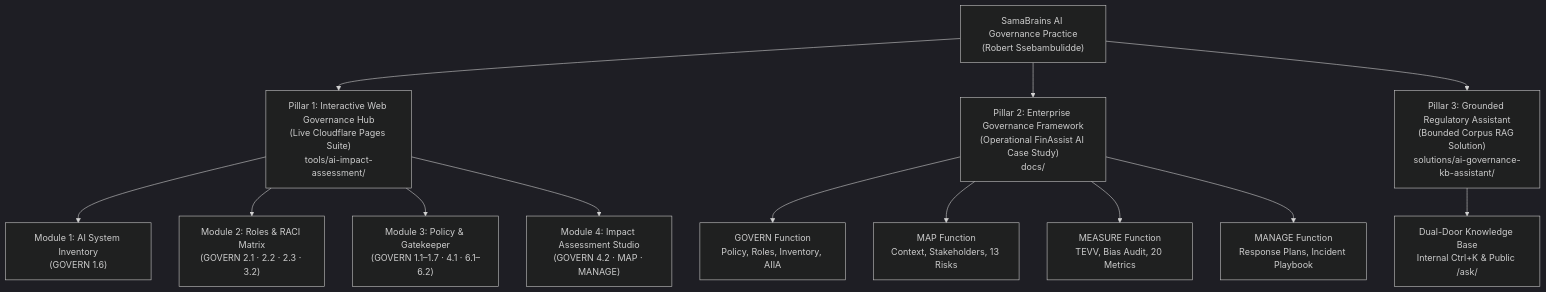
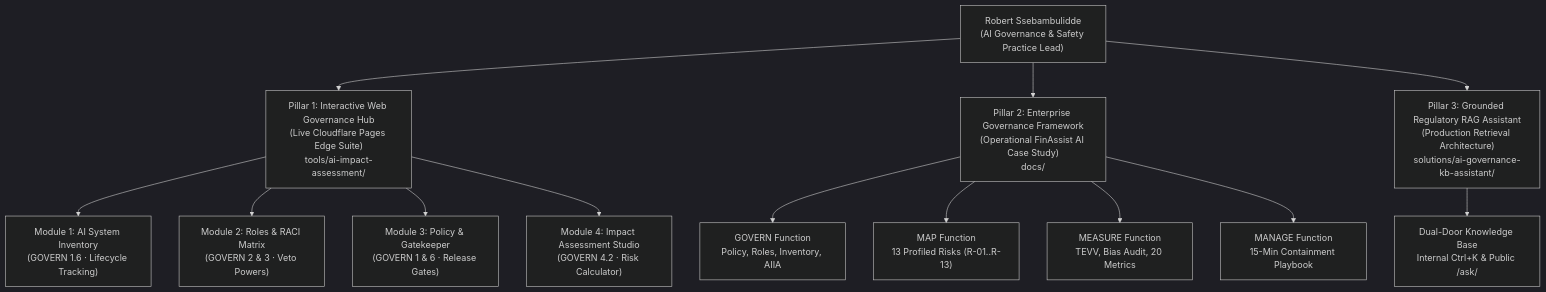
The diagram in README.md (rssebambulidde/ai-governance), drawn with Mermaid (dark theme) before and after one commit. The commit also changed other lines of this file, not shown here.

Commit message:
docs: position master README as executive AI governance portfolio for recruiters and hiring managers

````diff
--- a/README.md
+++ b/README.md
@@ -18,24 +24,24 @@
 ```mermaid
 flowchart TD
-    SB["SamaBrains AI Governance Practice\n(Robert Ssebambulidde)"]
+    Candidate["Robert Ssebambulidde\n(AI Governance & Safety Practice Lead)"]
 
-    Pillar1["Pillar 1: Interactive Web Governance Hub\n(Live Cloudflare Pages Suite)\ntools/ai-impact-assessment/"]
-    Pillar2["Pillar 2: Enterprise Governance Framework\n(Operational FinAssist AI Case Study)\ndocs/"]
-    Pillar3["Pillar 3: Grounded Regulatory Assistant\n(Bounded Corpus RAG Solution)\nsolutions/ai-governance-kb-assistant/"]
+    P1["Pillar 1: Interactive Web Governance Hub\n(Live Cloudflare Pages Edge Suite)\ntools/ai-impact-assessment/"]
+    P2["Pillar 2: Enterprise Governance Framework\n(Operational FinAssist AI Case Study)\ndocs/"]
+    P3["Pillar 3: Grounded Regulatory RAG Assistant\n(Production Retrieval Architecture)\nsolutions/ai-governance-kb-assistant/"]
 
-    SB --> Pillar1
-    SB --> Pillar2
-    SB --> Pillar3
+    Candidate --> P1
+    Candidate --> P2
+    Candidate --> P3
 
-    Pillar1 --> M1["Module 1: AI System Inventory\n(GOVERN 1.6)"]
-    Pillar1 --> M2["Module 2: Roles & RACI Matrix\n(GOVERN 2.1 · 2.2 · 2.3 · 3.2)"]
-    Pillar1 --> M3["Module 3: Policy & Gatekeeper\n(GOVERN 1.1–1.7 · 4.1 · 6.1–6.2)"]
-    Pillar1 --> M4["Module 4: Impact Assessment Studio\n(GOVERN 4.2 · MAP · MANAGE)"]
+    P1 --> M1["Module 1: AI System Inventory\n(GOVERN 1.6 · Lifecycle Tracking)"]
+    P1 --> M2["Module 2: Roles & RACI Matrix\n(GOVERN 2 & 3 · Veto Powers)"]
+    P1 --> M3["Module 3: Policy & Gatekeeper\n(GOVERN 1 & 6 · Release Gates)"]
+    P1 --> M4["Module 4: Impact Assessment Studio\n(GOVERN 4.2 · Risk Calculator)"]
 
-    Pillar2 --> G["GOVERN Function\nPolicy, Roles, Inventory, AIIA"]
-    Pillar2 --> M["MAP Function\nContext, Stakeholders, 13 Risks"]
-    Pillar2 --> ME["MEASURE Function\nTEVV, Bias Audit, 20 Metrics"]
-    Pillar2 --> MA["MANAGE Function\nResponse Plans, Incident Playbook"]
+    P2 --> Gov["GOVERN Function\nPolicy, Roles, Inventory, AIIA"]
+    P2 --> Map["MAP Function\n13 Profiled Risks (R-01..R-13)"]
+    P2 --> Meas["MEASURE Function\nTEVV, Bias Audit, 20 Metrics"]
+    P2 --> Man["MANAGE Function\n15-Min Containment Playbook"]
 
-    Pillar3 --> RAG["Dual-Door Knowledge Base\nInternal Ctrl+K & Public /ask/"]
+    P3 --> RAG["Dual-Door Knowledge Base\nInternal Ctrl+K & Public /ask/"]
 ```
````
